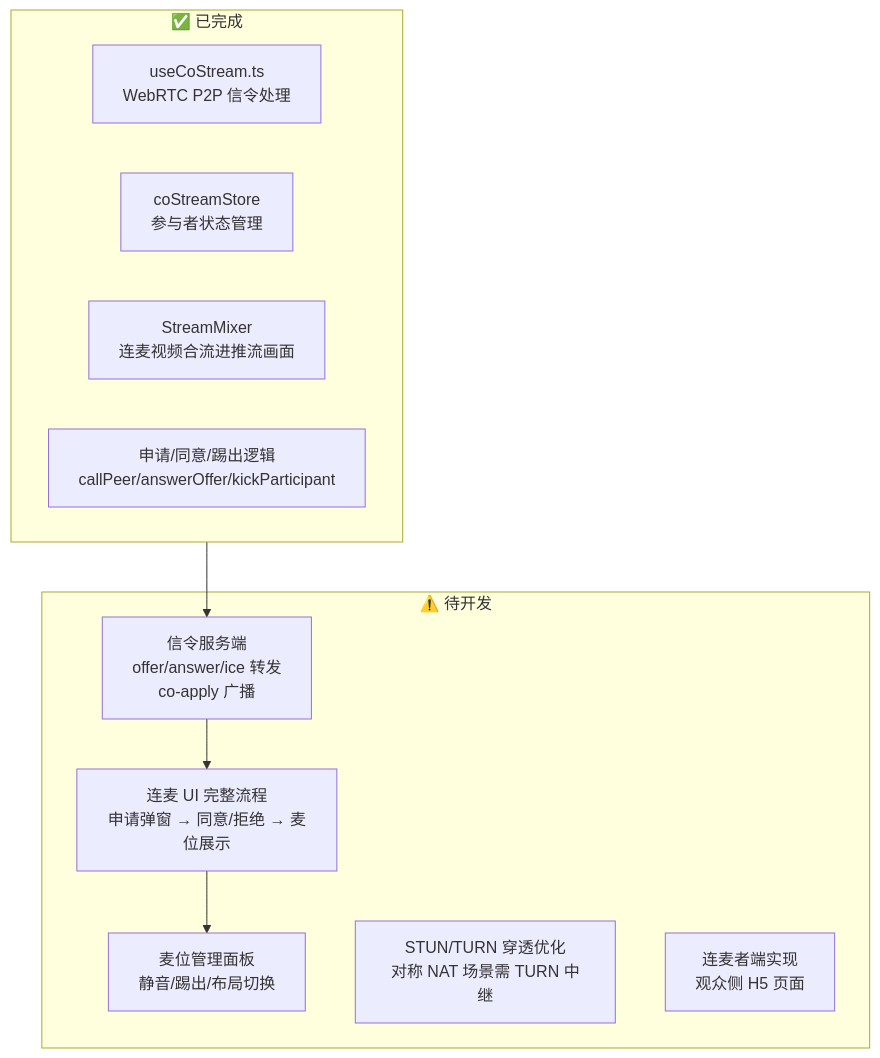
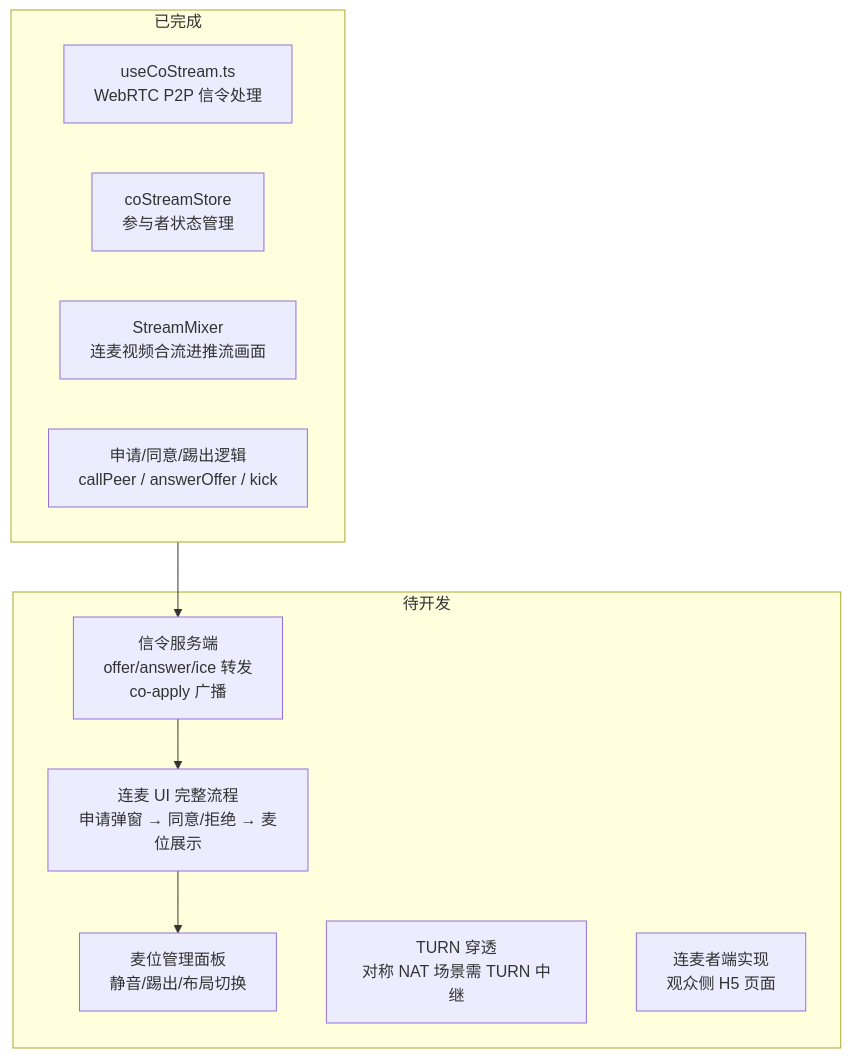
One commit to fancrystal/liveWebH5 changed diagram 14 of 15 in docs/progress-report-streaming-module.md. Above: the diagram before and after it, drawn with Mermaid. The commit also changed other lines of this file, not shown here.

Commit message:
docs: 修复汇报文档中所有 Mermaid 语法错误

````diff
--- a/docs/progress-report-streaming-module.md
+++ b/docs/progress-report-streaming-module.md
@@ -453,21 +454,21 @@
 ```mermaid
 flowchart TD
-    subgraph 已完成["✅ 已完成"]
+    subgraph 已完成
         A["useCoStream.ts\nWebRTC P2P 信令处理"]
         B["coStreamStore\n参与者状态管理"]
         C["StreamMixer\n连麦视频合流进推流画面"]
-        D["申请/同意/踢出逻辑\ncallPeer/answerOffer/kickParticipant"]
+        D["申请/同意/踢出逻辑\ncallPeer / answerOffer / kick"]
     end
 
-    subgraph 待开发["⚠️ 待开发"]
+    subgraph 待开发
         E["信令服务端\noffer/answer/ice 转发\nco-apply 广播"]
         F["连麦 UI 完整流程\n申请弹窗 → 同意/拒绝 → 麦位展示"]
         G["麦位管理面板\n静音/踢出/布局切换"]
-        H["STUN/TURN 穿透优化\n对称 NAT 场景需 TURN 中继"]
+        H["TURN 穿透\n对称 NAT 场景需 TURN 中继"]
         I["连麦者端实现\n观众侧 H5 页面"]
     end
 
     已完成 --> E
     E --> F
     F --> G
 ```
````
